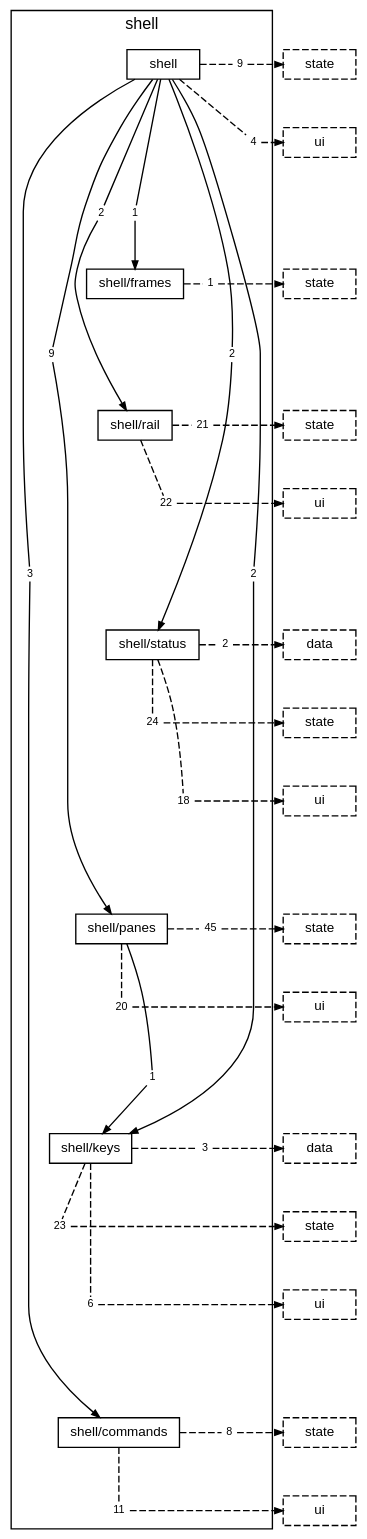
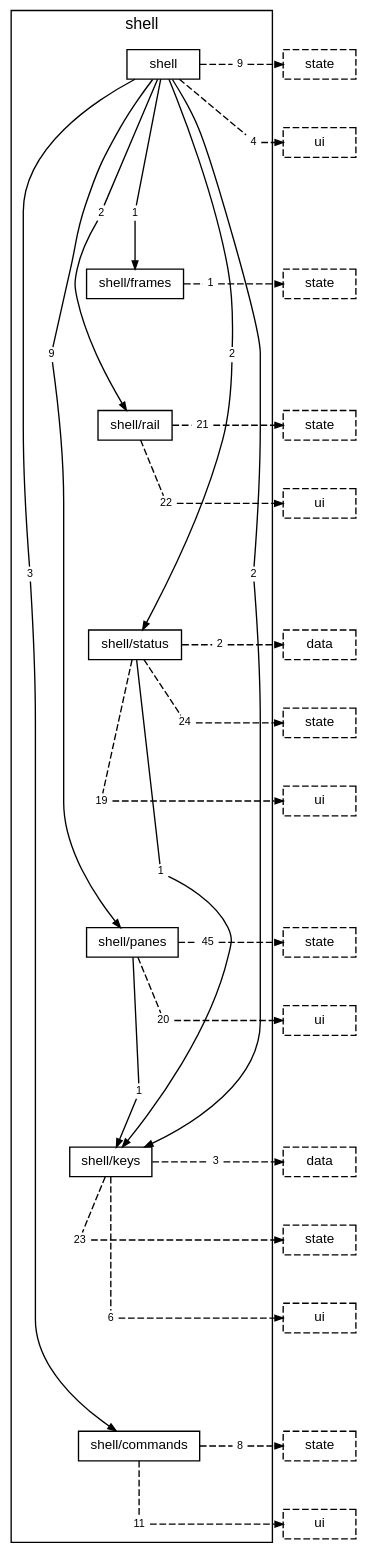
One commit to TheAxeC/oculus changed the diagram in docs/diagrams/layer-shell.dot. Above: the diagram before and after it, drawn with Graphviz. The commit also changed 118 other files, not shown here.

```diff
--- a/docs/diagrams/layer-shell.dot
+++ b/docs/diagrams/layer-shell.dot
@@ -1,117 +1,120 @@
 digraph layer_shell {
     graph [bgcolor="transparent", rankdir=TB, newrank=true, mclimit=4, fontname="Helvetica,Arial,sans-serif", fontsize=12, nodesep=0.2, ranksep=0.5];
     node [shape=box, color="black", fontcolor="black", fontname="Helvetica,Arial,sans-serif", fontsize=10, height=0.3, margin="0.12,0.04"];
     edge [color="black", fontcolor="black", fontname="Helvetica,Arial,sans-serif", fontsize=8, arrowsize=0.6];
     subgraph "cluster_shell" {
         label="shell"; style=solid;
         "folder shell" [label="shell"];
         "folder shell/frames" [label="shell/frames"];
         "folder shell/rail" [label="shell/rail"];
         "folder shell/status" [label="shell/status"];
         "folder shell/panes" [label="shell/panes"];
         "folder shell/keys" [label="shell/keys"];
         "folder shell/commands" [label="shell/commands"];
         "folder shell to folder shell/commands" [label="3", shape=box, color="transparent", fontsize=8, width=0, height=0, margin="0.04,0.02"];
         "folder shell to folder shell/frames" [label="1", shape=box, color="transparent", fontsize=8, width=0, height=0, margin="0.04,0.02"];
         "folder shell to folder shell/keys" [label="2", shape=box, color="transparent", fontsize=8, width=0, height=0, margin="0.04,0.02"];
         "folder shell to folder shell/panes" [label="9", shape=box, color="transparent", fontsize=8, width=0, height=0, margin="0.04,0.02"];
         "folder shell to folder shell/rail" [label="2", shape=box, color="transparent", fontsize=8, width=0, height=0, margin="0.04,0.02"];
         "folder shell to folder shell/status" [label="2", shape=box, color="transparent", fontsize=8, width=0, height=0, margin="0.04,0.02"];
         "folder shell to layer state" [label="9", shape=box, color="transparent", fontsize=8, width=0, height=0, margin="0.04,0.02"];
         "folder shell to layer ui" [label="4", shape=box, color="transparent", fontsize=8, width=0, height=0, margin="0.04,0.02"];
         "folder shell/frames to layer state" [label="1", shape=box, color="transparent", fontsize=8, width=0, height=0, margin="0.04,0.02"];
         "folder shell/rail to layer state" [label="21", shape=box, color="transparent", fontsize=8, width=0, height=0, margin="0.04,0.02"];
         "folder shell/rail to layer ui" [label="22", shape=box, color="transparent", fontsize=8, width=0, height=0, margin="0.04,0.02"];
+        "folder shell/status to folder shell/keys" [label="1", shape=box, color="transparent", fontsize=8, width=0, height=0, margin="0.04,0.02"];
         "folder shell/status to layer data" [label="2", shape=box, color="transparent", fontsize=8, width=0, height=0, margin="0.04,0.02"];
         "folder shell/status to layer state" [label="24", shape=box, color="transparent", fontsize=8, width=0, height=0, margin="0.04,0.02"];
-        "folder shell/status to layer ui" [label="18", shape=box, color="transparent", fontsize=8, width=0, height=0, margin="0.04,0.02"];
+        "folder shell/status to layer ui" [label="19", shape=box, color="transparent", fontsize=8, width=0, height=0, margin="0.04,0.02"];
         "folder shell/panes to folder shell/keys" [label="1", shape=box, color="transparent", fontsize=8, width=0, height=0, margin="0.04,0.02"];
         "folder shell/panes to layer state" [label="45", shape=box, color="transparent", fontsize=8, width=0, height=0, margin="0.04,0.02"];
         "folder shell/panes to layer ui" [label="20", shape=box, color="transparent", fontsize=8, width=0, height=0, margin="0.04,0.02"];
         "folder shell/keys to layer data" [label="3", shape=box, color="transparent", fontsize=8, width=0, height=0, margin="0.04,0.02"];
         "folder shell/keys to layer state" [label="23", shape=box, color="transparent", fontsize=8, width=0, height=0, margin="0.04,0.02"];
         "folder shell/keys to layer ui" [label="6", shape=box, color="transparent", fontsize=8, width=0, height=0, margin="0.04,0.02"];
         "folder shell/commands to layer state" [label="8", shape=box, color="transparent", fontsize=8, width=0, height=0, margin="0.04,0.02"];
         "folder shell/commands to layer ui" [label="11", shape=box, color="transparent", fontsize=8, width=0, height=0, margin="0.04,0.02"];
     }
     "layer state from folder shell" [label="state", style=dashed];
     "layer ui from folder shell" [label="ui", style=dashed];
     "layer state from folder shell/frames" [label="state", style=dashed];
     "layer state from folder shell/rail" [label="state", style=dashed];
     "layer ui from folder shell/rail" [label="ui", style=dashed];
     "layer data from folder shell/status" [label="data", style=dashed];
     "layer state from folder shell/status" [label="state", style=dashed];
     "layer ui from folder shell/status" [label="ui", style=dashed];
     "layer state from folder shell/panes" [label="state", style=dashed];
     "layer ui from folder shell/panes" [label="ui", style=dashed];
     "layer data from folder shell/keys" [label="data", style=dashed];
     "layer state from folder shell/keys" [label="state", style=dashed];
     "layer ui from folder shell/keys" [label="ui", style=dashed];
     "layer state from folder shell/commands" [label="state", style=dashed];
     "layer ui from folder shell/commands" [label="ui", style=dashed];
     "folder shell" -> "folder shell/frames" [style=invis, weight=10, minlen=3];
     "folder shell/frames" -> "folder shell/rail" [style=invis, weight=10, minlen=2];
     "folder shell/rail" -> "folder shell/status" [style=invis, weight=10, minlen=3];
     "folder shell/status" -> "folder shell/panes" [style=invis, weight=10, minlen=4];
     "folder shell/panes" -> "folder shell/keys" [style=invis, weight=10, minlen=3];
     "folder shell/keys" -> "folder shell/commands" [style=invis, weight=10, minlen=4];
     "folder shell" -> "folder shell to folder shell/commands" [arrowhead=none, minlen=7, weight=10];
     "folder shell to folder shell/commands" -> "folder shell/commands" [];
     "folder shell" -> "folder shell to folder shell/frames" [arrowhead=none, minlen=2, weight=10];
     "folder shell to folder shell/frames" -> "folder shell/frames" [];
     "folder shell" -> "folder shell to folder shell/keys" [arrowhead=none, minlen=7, weight=10];
     "folder shell to folder shell/keys" -> "folder shell/keys" [];
     "folder shell" -> "folder shell to folder shell/panes" [arrowhead=none, minlen=4, weight=10];
     "folder shell to folder shell/panes" -> "folder shell/panes" [];
     "folder shell" -> "folder shell to folder shell/rail" [arrowhead=none, minlen=2, weight=10];
     "folder shell to folder shell/rail" -> "folder shell/rail" [];
     "folder shell" -> "folder shell to folder shell/status" [arrowhead=none, minlen=4, weight=10];
     "folder shell to folder shell/status" -> "folder shell/status" [];
     "folder shell" -> "folder shell to layer state" [arrowhead=none, style=dashed];
     "folder shell to layer state" -> "layer state from folder shell" [style=dashed];
     { rank=same; "folder shell"; "folder shell to layer state"; "layer state from folder shell"; }
     "folder shell" -> "folder shell to layer ui" [arrowhead=none, style=dashed, minlen=1, weight=10];
     "folder shell to layer ui" -> "layer ui from folder shell" [style=dashed];
     { rank=same; "folder shell to layer ui"; "layer ui from folder shell"; }
     "folder shell/frames" -> "folder shell/frames to layer state" [arrowhead=none, style=dashed];
     "folder shell/frames to layer state" -> "layer state from folder shell/frames" [style=dashed];
     { rank=same; "folder shell/frames"; "folder shell/frames to layer state"; "layer state from folder shell/frames"; }
     "folder shell/rail" -> "folder shell/rail to layer state" [arrowhead=none, style=dashed];
     "folder shell/rail to layer state" -> "layer state from folder shell/rail" [style=dashed];
     { rank=same; "folder shell/rail"; "folder shell/rail to layer state"; "layer state from folder shell/rail"; }
     "folder shell/rail" -> "folder shell/rail to layer ui" [arrowhead=none, style=dashed, minlen=1, weight=10];
     "folder shell/rail to layer ui" -> "layer ui from folder shell/rail" [style=dashed];
     { rank=same; "folder shell/rail to layer ui"; "layer ui from folder shell/rail"; }
+    "folder shell/status" -> "folder shell/status to folder shell/keys" [arrowhead=none, minlen=3, weight=10];
+    "folder shell/status to folder shell/keys" -> "folder shell/keys" [];
     "folder shell/status" -> "folder shell/status to layer data" [arrowhead=none, style=dashed];
     "folder shell/status to layer data" -> "layer data from folder shell/status" [style=dashed];
     { rank=same; "folder shell/status"; "folder shell/status to layer data"; "layer data from folder shell/status"; }
     "folder shell/status" -> "folder shell/status to layer state" [arrowhead=none, style=dashed, minlen=1, weight=10];
     "folder shell/status to layer state" -> "layer state from folder shell/status" [style=dashed];
     { rank=same; "folder shell/status to layer state"; "layer state from folder shell/status"; }
     "folder shell/status" -> "folder shell/status to layer ui" [arrowhead=none, style=dashed, minlen=2, weight=10];
     "folder shell/status to layer ui" -> "layer ui from folder shell/status" [style=dashed];
     { rank=same; "folder shell/status to layer ui"; "layer ui from folder shell/status"; }
     "folder shell/panes" -> "folder shell/panes to folder shell/keys" [arrowhead=none, minlen=2, weight=10];
     "folder shell/panes to folder shell/keys" -> "folder shell/keys" [];
     "folder shell/panes" -> "folder shell/panes to layer state" [arrowhead=none, style=dashed];
     "folder shell/panes to layer state" -> "layer state from folder shell/panes" [style=dashed];
     { rank=same; "folder shell/panes"; "folder shell/panes to layer state"; "layer state from folder shell/panes"; }
     "folder shell/panes" -> "folder shell/panes to layer ui" [arrowhead=none, style=dashed, minlen=1, weight=10];
     "folder shell/panes to layer ui" -> "layer ui from folder shell/panes" [style=dashed];
     { rank=same; "folder shell/panes to layer ui"; "layer ui from folder shell/panes"; }
     "folder shell/keys" -> "folder shell/keys to layer data" [arrowhead=none, style=dashed];
     "folder shell/keys to layer data" -> "layer data from folder shell/keys" [style=dashed];
     { rank=same; "folder shell/keys"; "folder shell/keys to layer data"; "layer data from folder shell/keys"; }
     "folder shell/keys" -> "folder shell/keys to layer state" [arrowhead=none, style=dashed, minlen=1, weight=10];
     "folder shell/keys to layer state" -> "layer state from folder shell/keys" [style=dashed];
     { rank=same; "folder shell/keys to layer state"; "layer state from folder shell/keys"; }
     "folder shell/keys" -> "folder shell/keys to layer ui" [arrowhead=none, style=dashed, minlen=2, weight=10];
     "folder shell/keys to layer ui" -> "layer ui from folder shell/keys" [style=dashed];
     { rank=same; "folder shell/keys to layer ui"; "layer ui from folder shell/keys"; }
     "folder shell/commands" -> "folder shell/commands to layer state" [arrowhead=none, style=dashed];
     "folder shell/commands to layer state" -> "layer state from folder shell/commands" [style=dashed];
     { rank=same; "folder shell/commands"; "folder shell/commands to layer state"; "layer state from folder shell/commands"; }
     "folder shell/commands" -> "folder shell/commands to layer ui" [arrowhead=none, style=dashed, minlen=1, weight=10];
     "folder shell/commands to layer ui" -> "layer ui from folder shell/commands" [style=dashed];
     { rank=same; "folder shell/commands to layer ui"; "layer ui from folder shell/commands"; }
 }
```
